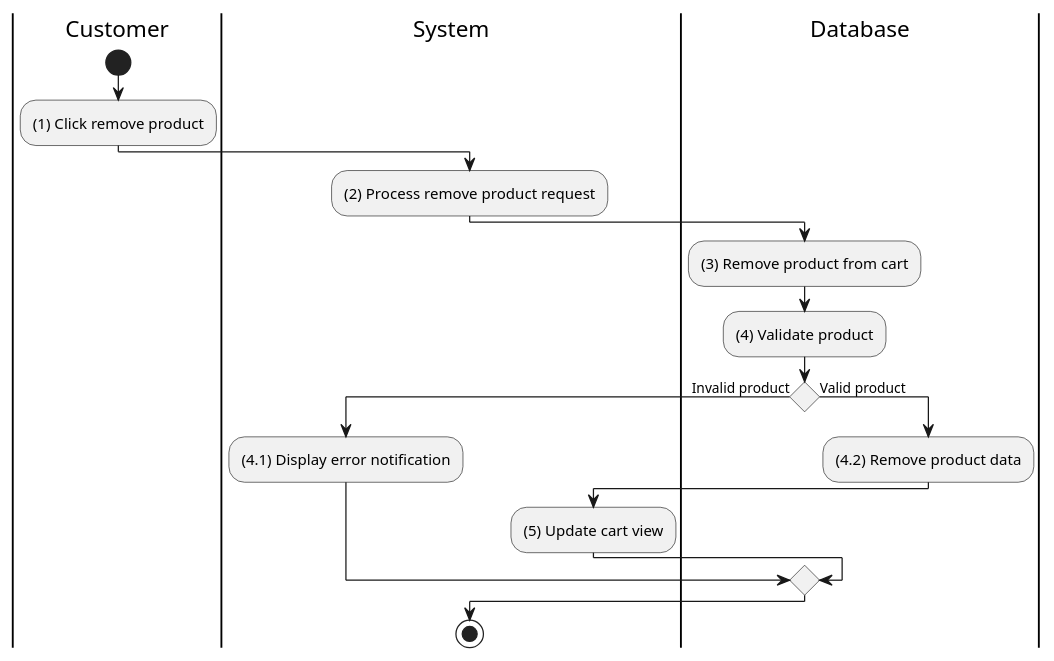
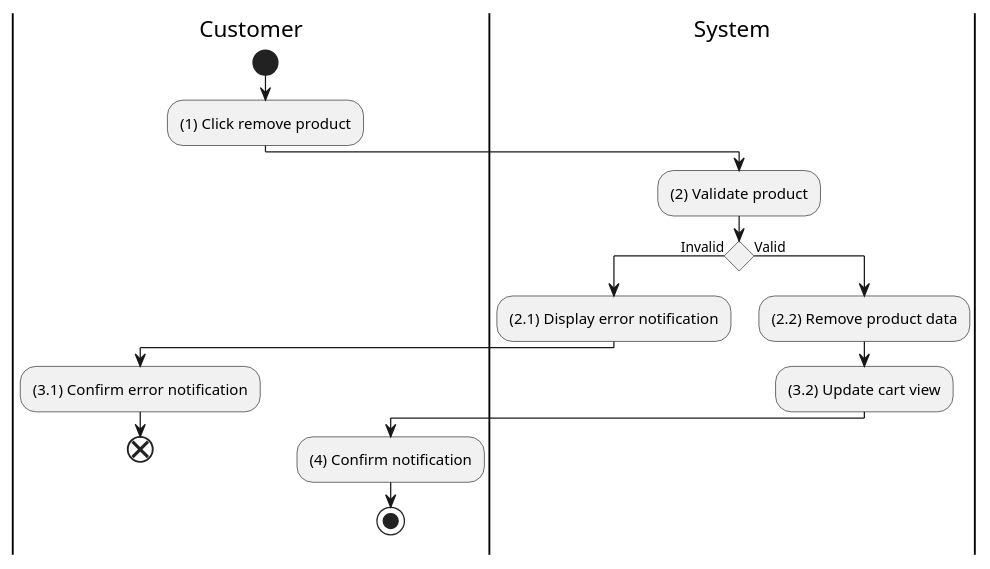
Before and after one commit to electricilies/electricilies.github.io: the diagram in docs/software-docs/activity/manage-cart/remove-product-from-cart.md, drawn with PlantUML. The commit also changed 47 other files, not shown here.

````diff
--- a/docs/software-docs/activity/manage-cart/remove-product-from-cart.md
+++ b/docs/software-docs/activity/manage-cart/remove-product-from-cart.md
@@ -3,27 +3,25 @@
 ```plantuml
 @startuml
 |C|Customer
 |S|System
-|D|Database
 
 |C|
 start
 :(1) Click remove product;
 |S|
-:(2) Process remove product request;
-|D|
-:(3) Remove product from cart;
-:(4) Validate product;
-if () then (Invalid product)
+:(2) Validate product;
+if () then (Invalid)
+  :(2.1) Display error notification;
+  |C|
+  :(3.1) Confirm error notification;
+  end
+else (Valid)
   |S|
-  :(4.1) Display error notification;
-else (Valid product)
-  |D|
-  :(4.2) Remove product data;
-  |S|
-  :(5) Update cart view;
+  :(2.2) Remove product data;
+  :(3.2) Update cart view;
+  |C|
+  :(4) Confirm notification;
+  stop
 endif
-stop
-
 @enduml
 ```
````
